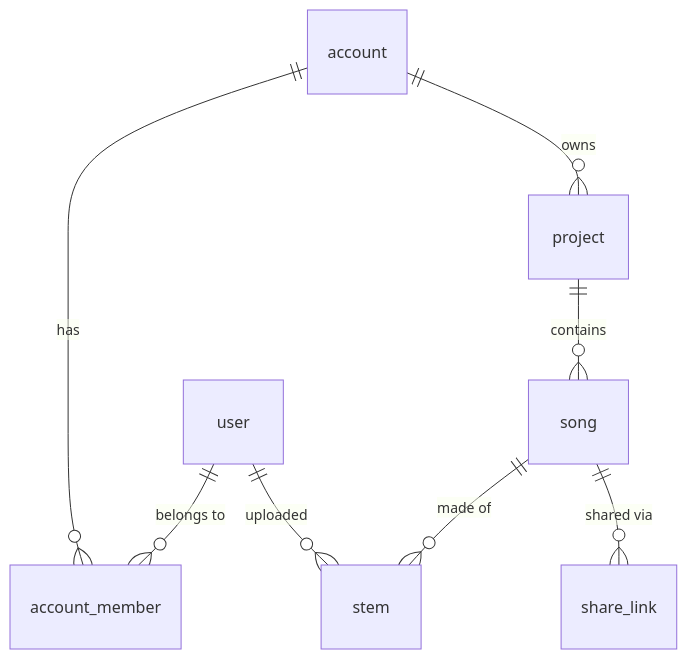
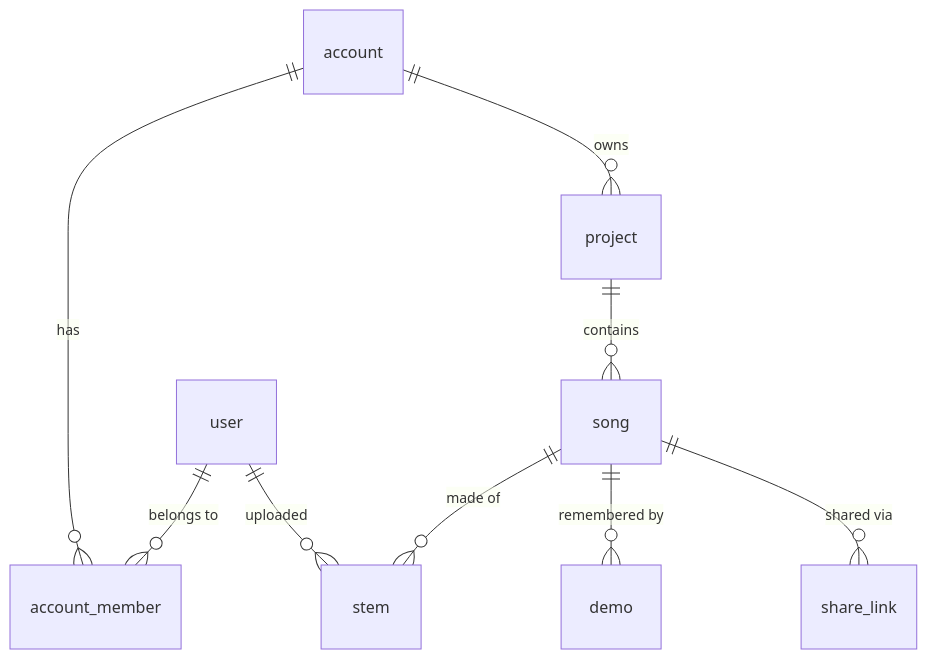
The diagram in docs/data-model.md (kevinpeckham/stem-shovel), drawn with Mermaid before and after one commit. The commit also changed other lines of this file and 21 other files, not shown here.

First line of the commit message:
Demo recordings per song; songwriter and date first written

````diff
--- a/docs/data-model.md
+++ b/docs/data-model.md
@@ -13,10 +13,11 @@
 ```mermaid
 erDiagram
     user ||--o{ account_member : "belongs to"
     account ||--o{ account_member : "has"
     account ||--o{ project : "owns"
     project ||--o{ song : "contains"
     song ||--o{ stem : "made of"
+    song ||--o{ demo : "remembered by"
     song ||--o{ share_link : "shared via"
     user ||--o{ stem : "uploaded"
 ```
````
